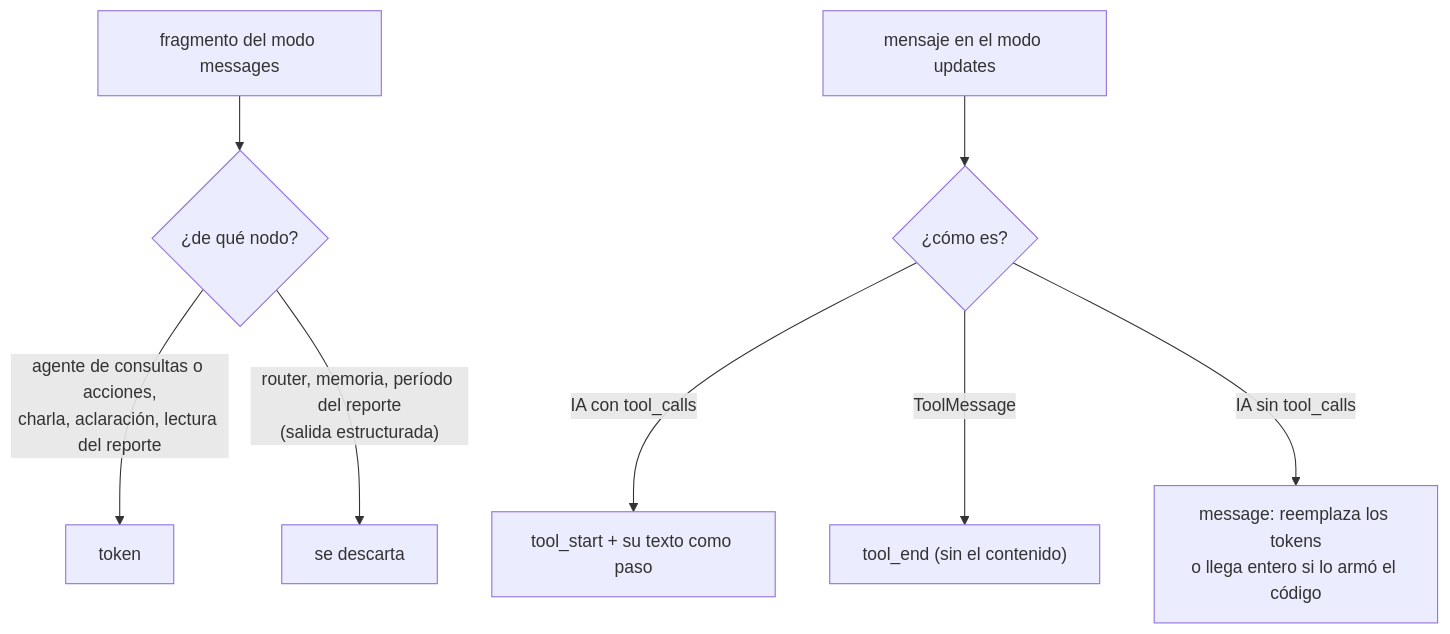
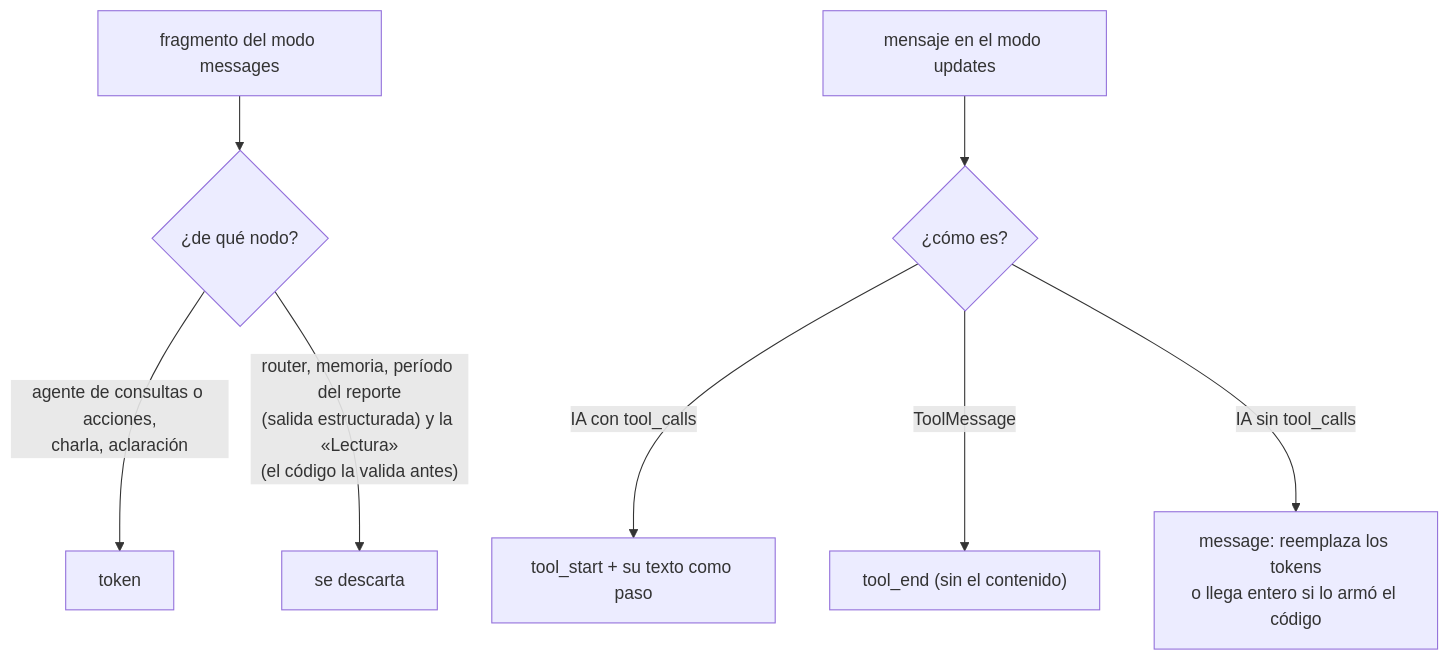
One commit to BoschiAlbano/copiloto-langgraph changed the fifth of 5 diagrams in specs/fase-09-streaming-web.md. Above: the diagram before and after it, drawn with Mermaid. The commit also changed other lines of this file and 6 other files, not shown here.

Commit message:
T2: streamTurn y los eventos de la interfaz (toUiEvents); runTurn, resumeTurn y continueTurn corren con graph.stream (values, updates y messages, con subgrafos) y devuelven lo mismo; UsageTracker con el modelo pedido como respaldo; tests con modelos falsos que transmiten (CA1, CA2, CA5, CA6, CA8)

````diff
--- a/specs/fase-09-streaming-web.md
+++ b/specs/fase-09-streaming-web.md
@@ -332,10 +333,10 @@
 ```mermaid
 flowchart TD
     M["fragmento del modo messages"] --> N{"¿de qué nodo?"}
-    N -- "agente de consultas o acciones,<br/>charla, aclaración, lectura del reporte" --> T["token"]
-    N -- "router, memoria, período del reporte<br/>(salida estructurada)" --> X["se descarta"]
+    N -- "agente de consultas o acciones,<br/>charla, aclaración" --> T["token"]
+    N -- "router, memoria, período del reporte<br/>(salida estructurada) y la «Lectura»<br/>(el código la valida antes)" --> X["se descarta"]
     U["mensaje en el modo updates"] --> K{"¿cómo es?"}
     K -- "IA con tool_calls" --> TS["tool_start + su texto como paso"]
     K -- "ToolMessage" --> TE["tool_end (sin el contenido)"]
     K -- "IA sin tool_calls" --> MS["message: reemplaza los tokens<br/>o llega entero si lo armó el código"]
 ```
````
